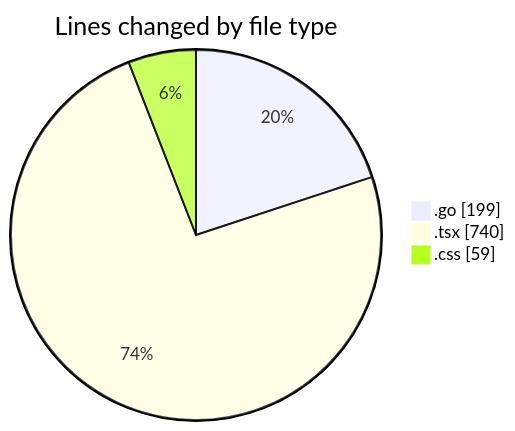
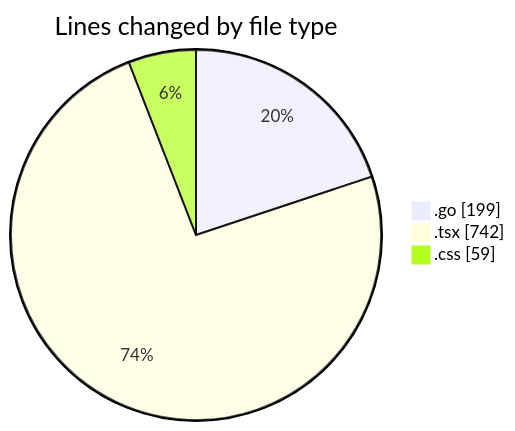
One commit to robertbonfada/code-tracking changed the first of 2 diagrams in 2025-03-11/termonied_testador/README.md. Above: the diagram before and after it, drawn with Mermaid. The commit also changed other lines of this file and 1 other file, not shown here.

````diff
--- a/2025-03-11/termonied_testador/README.md
+++ b/2025-03-11/termonied_testador/README.md
@@ -27,7 +28,7 @@
 ```mermaid
 pie showData
 title Lines changed by file type
 ".go" : 199
-".tsx" : 740
+".tsx" : 742
 ".css" : 59
 ```
````
